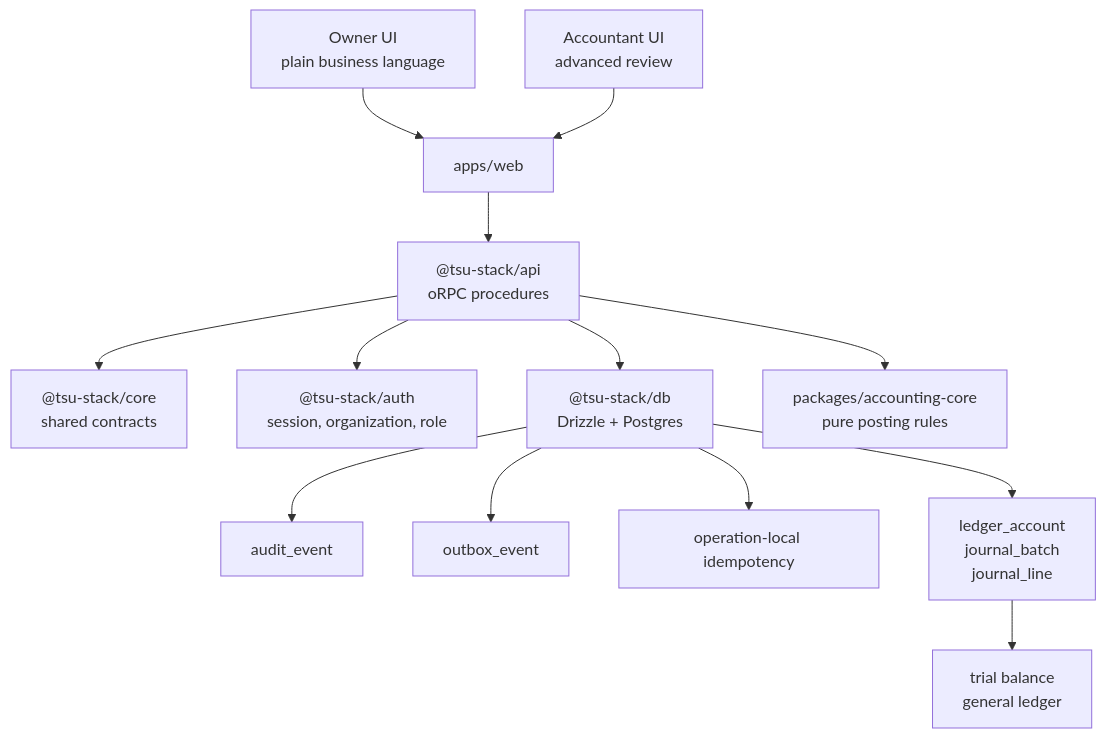
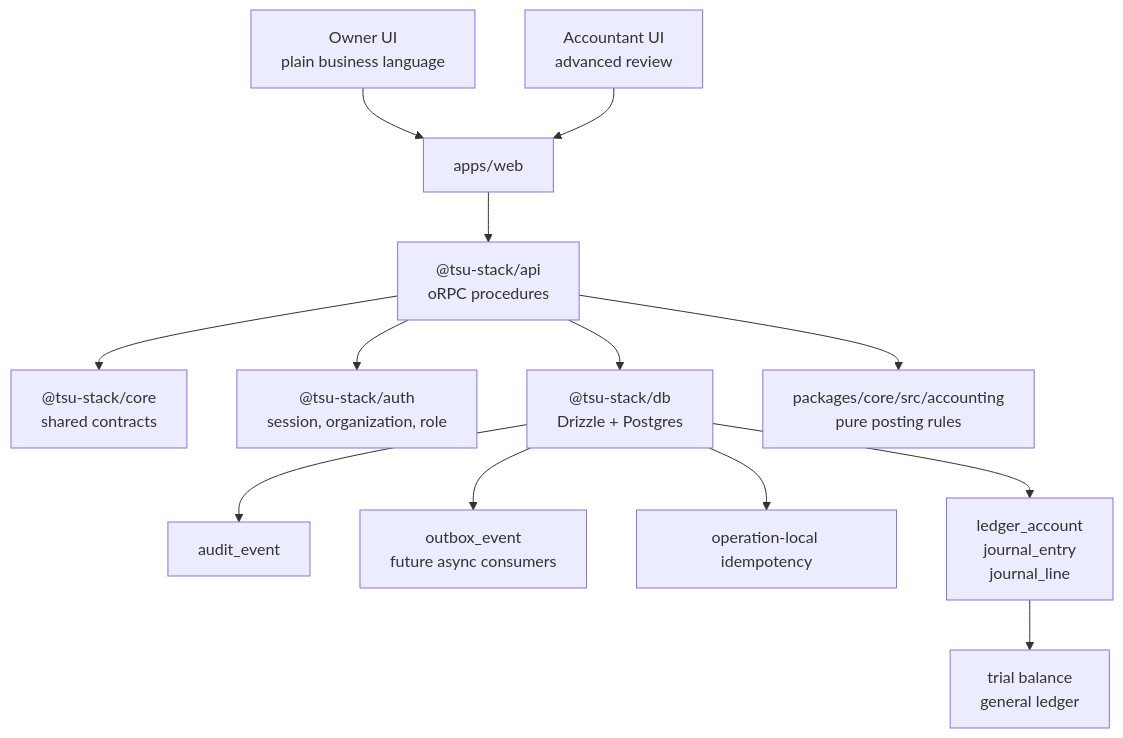
The first of 3 diagrams in docs/superpowers/specs/2026-06-16-ai-native-accounting-foundation-design.md (isherbuilds/edernal-books), drawn with Mermaid before and after one commit. The commit also changed other lines of this file and 110 other files, not shown here.

````diff
--- a/docs/superpowers/specs/2026-06-16-ai-native-accounting-foundation-design.md
+++ b/docs/superpowers/specs/2026-06-16-ai-native-accounting-foundation-design.md
@@ -69,15 +69,15 @@
 ```mermaid
 flowchart TD
   Owner["Owner UI<br/>plain business language"] --> Web["apps/web"]
   Accountant["Accountant UI<br/>advanced review"] --> Web
   Web --> API["@tsu-stack/api<br/>oRPC procedures"]
   API --> Core["@tsu-stack/core<br/>shared contracts"]
   API --> Auth["@tsu-stack/auth<br/>session, organization, role"]
   API --> DB["@tsu-stack/db<br/>Drizzle + Postgres"]
-  API --> AccountingCore["packages/accounting-core<br/>pure posting rules"]
+  API --> AccountingCore["packages/core/src/accounting<br/>pure posting rules"]
   DB --> Audit["audit_event"]
-  DB --> Outbox["outbox_event"]
+  DB --> Outbox["outbox_event<br/>future async consumers"]
   DB --> OperationKey["operation-local idempotency"]
-  DB --> Ledger["ledger_account<br/>journal_batch<br/>journal_line"]
+  DB --> Ledger["ledger_account<br/>journal_entry<br/>journal_line"]
   Ledger --> Reports["trial balance<br/>general ledger"]
 ```
````
